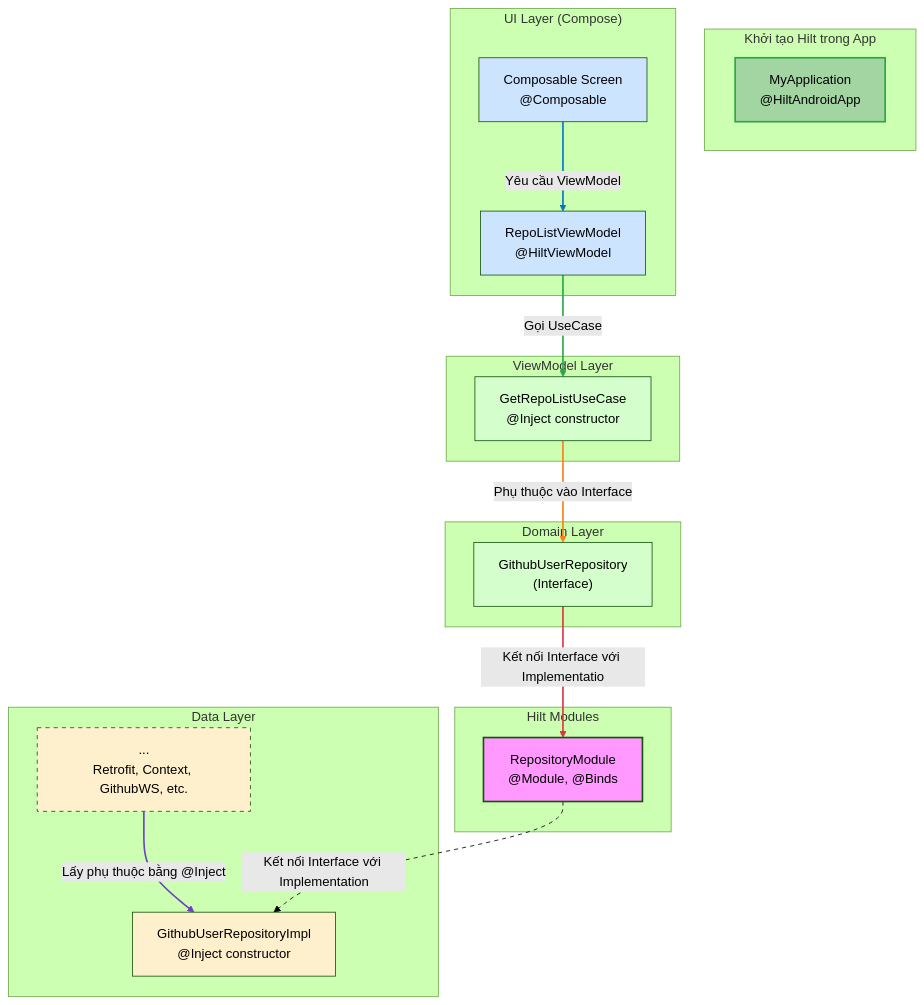
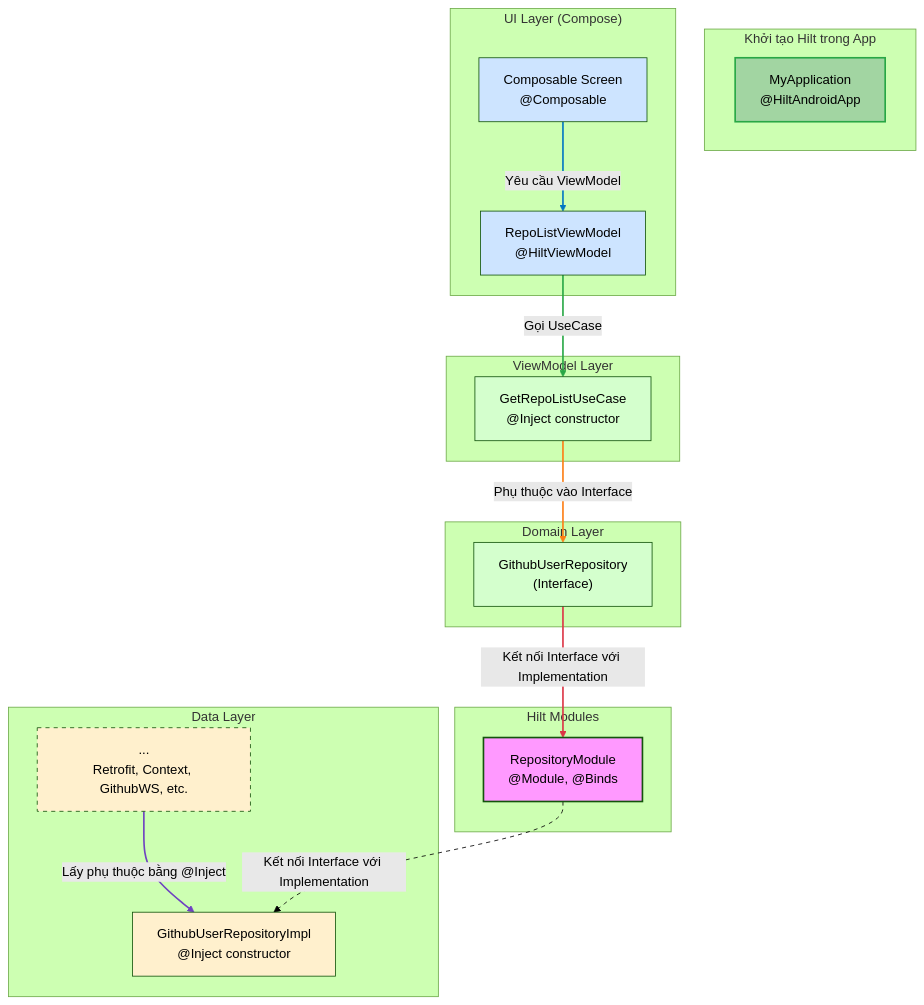
One commit to Phoenix-Suns/android-coroutine-clean changed the diagram in README.md. Above: the diagram before and after it, drawn with Mermaid (forest theme). The commit also changed other lines of this file, not shown here.

````diff
--- a/README.md
+++ b/README.md
@@ -5,46 +7,46 @@
 ```mermaid
 
 flowchart TD
  subgraph subGraph0["Khởi tạo Hilt trong App"]
         Z["MyApplication<br>@HiltAndroidApp"]
   end
  subgraph subGraph1["UI Layer (Compose)"]
         B["RepoListViewModel<br>@HiltViewModel"]
         A["Composable Screen<br>@Composable"]
   end
  subgraph subGraph2["ViewModel Layer"]
         C["GetRepoListUseCase<br>@Inject constructor"]
   end
  subgraph subGraph3["Domain Layer"]
         D["GithubUserRepository<br>(Interface)"]
   end
  subgraph subGraph4["Data Layer"]
         E["GithubUserRepositoryImpl<br>@Inject constructor"]
         F["...<br>Retrofit, Context, GithubWS, etc."]
   end
  subgraph subGraph5["Hilt Modules"]
         J["RepositoryModule<br>@Module, @Binds"]
   end
     A -- Yêu cầu ViewModel --> B
     B -- Gọi UseCase --> C
     C -- Phụ thuộc vào Interface --> D
     F -- Lấy phụ thuộc bằng @Inject --> E
     J -- Kết nối Interface với Implementation --> E
-    D -- Kết nối Interface với Implementatio --> J
+    D -- Kết nối Interface với Implementation --> J
 
     style Z fill:#a2d5a2,stroke:#28a745,stroke-width:2px
     style B fill:#cde4ff
     style A fill:#cde4ff
     style C fill:#d4ffcd
     style D fill:#d4ffcd
     style E fill:#fff0cd
     style F fill:#fff0cd,stroke-dasharray: 5 5
     style J fill:#f9f,stroke-width:2px,color:#000
     linkStyle 0 stroke:#0077c2,stroke-width:2px,fill:none
     linkStyle 1 stroke:#28a745,stroke-width:2px,fill:none
     linkStyle 2 stroke:#fd7e14,stroke-width:2px,fill:none
     linkStyle 3 stroke:#6f42c1,stroke-width:2px,fill:none
     linkStyle 4 stroke-dasharray: 5 5,fill:none
     linkStyle 5 stroke:#dc3545,stroke-width:2px,fill:none
 
 ```
````
